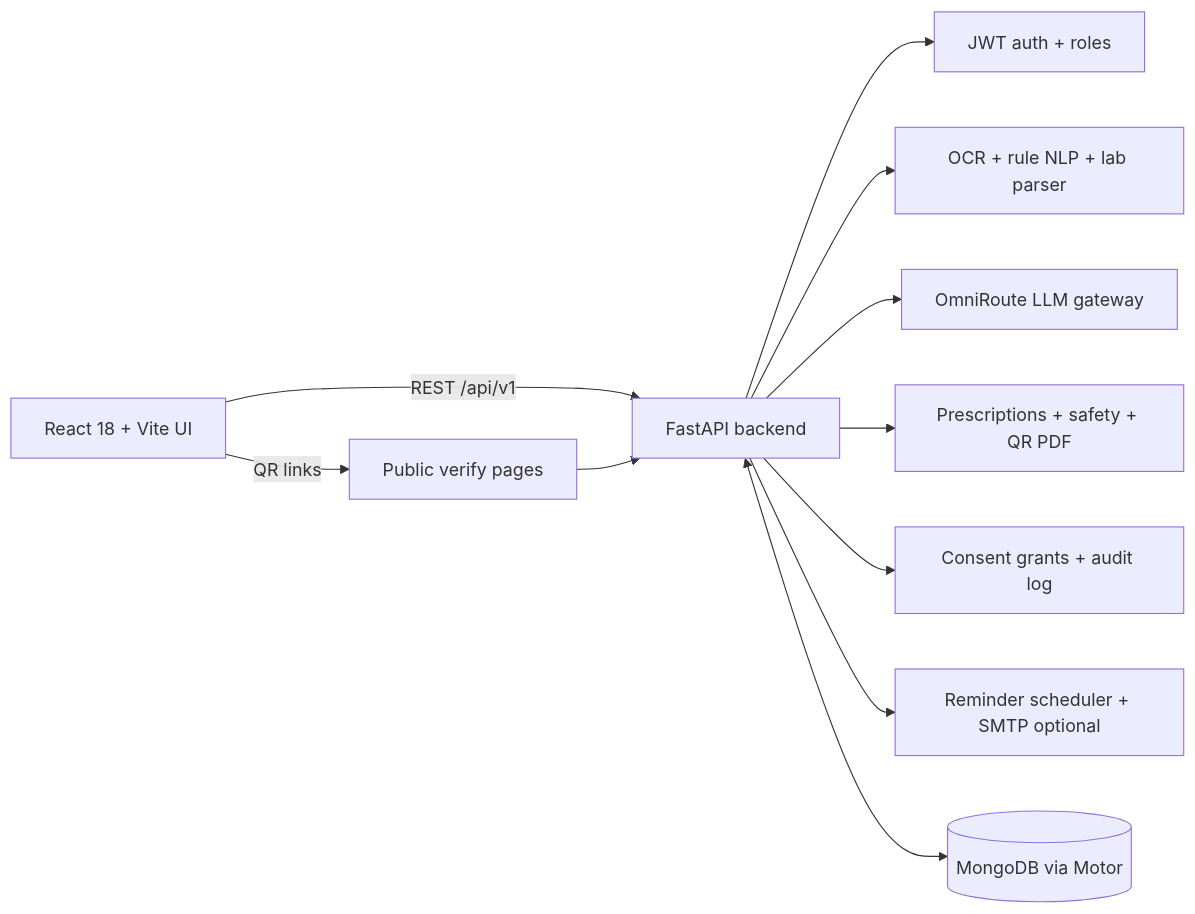
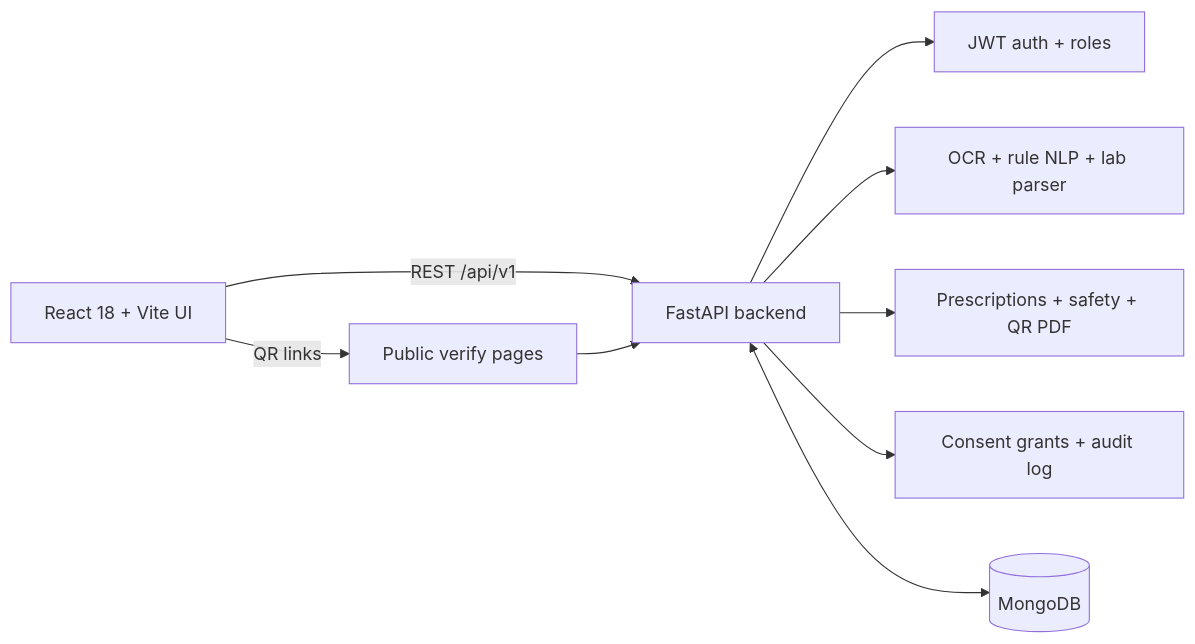
Before and after one commit to Anonymous181912/FINAL-YR-PROJECT: the diagram in README.md, drawn with Mermaid.

````diff
--- a/README.md
+++ b/README.md
@@ -43,13 +43,11 @@
 ```mermaid
 flowchart LR
     UI[React 18 + Vite UI] -->|REST /api/v1| API[FastAPI backend]
     API --> AUTH[JWT auth + roles]
     API --> OCR[OCR + rule NLP + lab parser]
-    API --> LLM[OmniRoute LLM gateway]
     API --> RX[Prescriptions + safety + QR PDF]
     API --> CONSENT[Consent grants + audit log]
-    API --> NOTIF[Reminder scheduler + SMTP optional]
-    API <--> MONGO[(MongoDB via Motor)]
+    API <--> MONGO[(MongoDB)]
     UI -->|QR links| PUB[Public verify pages]
     PUB --> API
 ```
````
